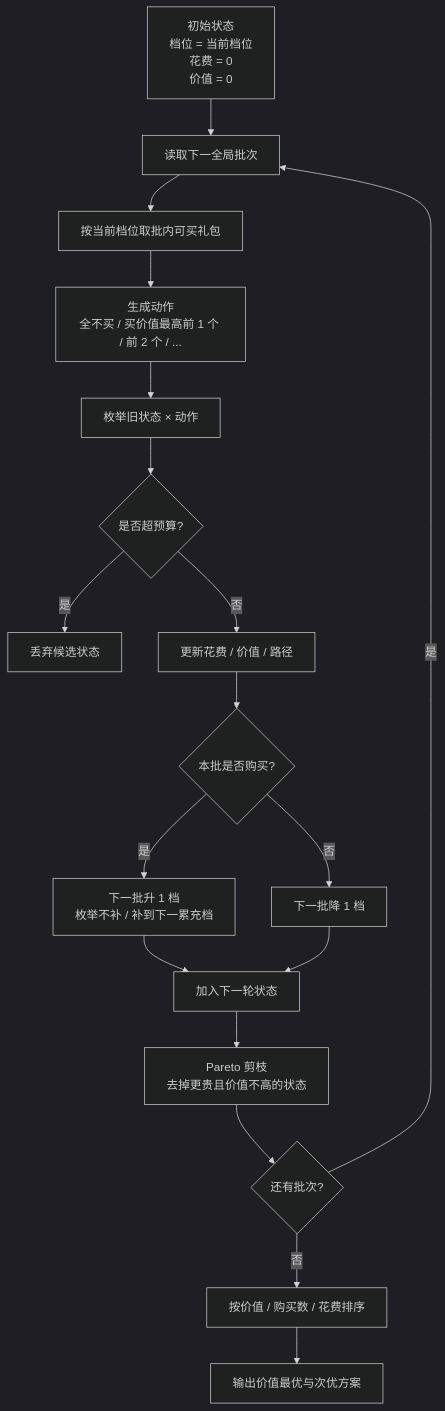
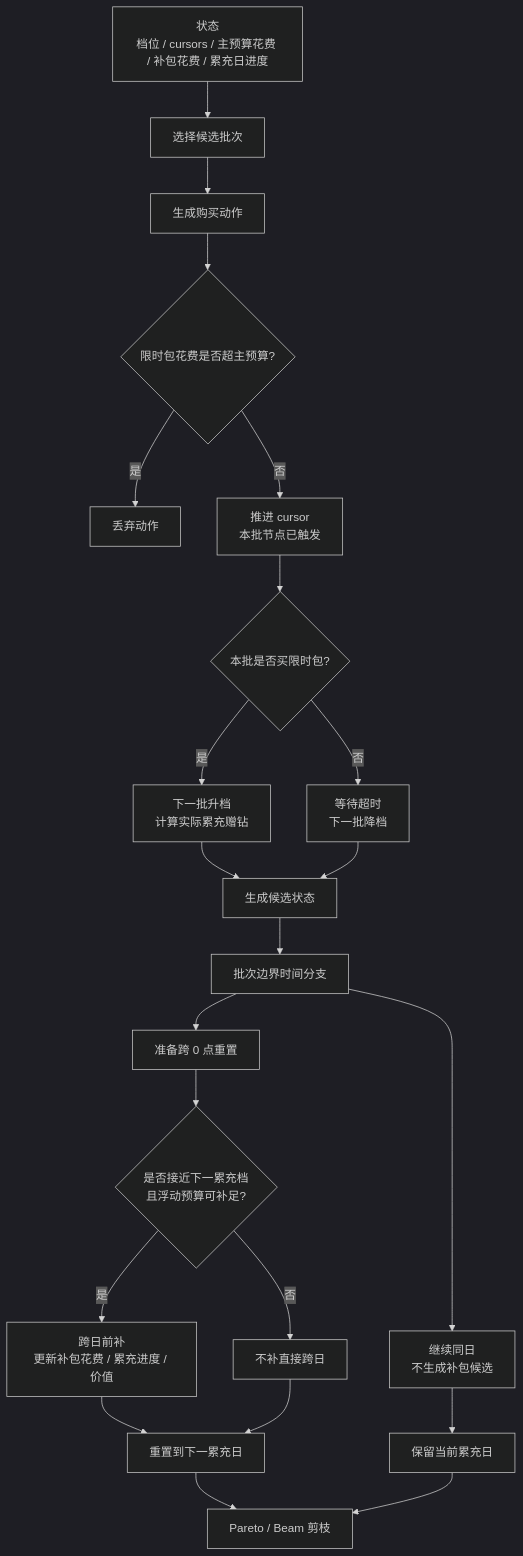
One commit to hitazuki/mementomori-calculator changed the third of 4 diagrams in doc/items/UltraSalePack/path-planning-visual.md. Above: the diagram before and after it, drawn with Mermaid (dark theme). The commit also changed other lines of this file and 8 other files, not shown here.

````diff
--- a/doc/items/UltraSalePack/path-planning-visual.md
+++ b/doc/items/UltraSalePack/path-planning-visual.md
@@ -40,20 +44,24 @@
 ```mermaid
 flowchart TD
-  A["初始状态<br/>档位 = 当前档位<br/>花费 = 0<br/>价值 = 0"] --> B["读取下一全局批次"]
-  B --> C["按当前档位取批内可买礼包"]
-  C --> D["生成动作<br/>全不买 / 买价值最高前 1 个 / 前 2 个 / ..."]
-  D --> E["枚举旧状态 × 动作"]
-  E --> F{"是否超预算?"}
-  F -- "是" --> G["丢弃候选状态"]
-  F -- "否" --> H["更新花费 / 价值 / 路径"]
-  H --> I{"本批是否购买?"}
-  I -- "是" --> J["下一批升 1 档<br/>枚举不补 / 补到下一累充档"]
-  I -- "否" --> K["下一批降 1 档"]
-  J --> L["加入下一轮状态"]
-  K --> L
-  L --> M["Pareto 剪枝<br/>去掉更贵且价值不高的状态"]
-  M --> N{"还有批次?"}
-  N -- "是" --> B
-  N -- "否" --> O["按价值 / 购买数 / 花费排序"]
-  O --> P["输出价值最优与次优方案"]
+  A["状态<br/>档位 / cursors / 主预算花费 / 补包花费 / 累充日进度"] --> B["选择候选批次"]
+  B --> C["生成购买动作"]
+  C --> D{"限时包花费是否超主预算?"}
+  D -- "是" --> E["丢弃动作"]
+  D -- "否" --> F["推进 cursor<br/>本批节点已触发"]
+  F --> G{"本批是否买限时包?"}
+  G -- "是" --> H["下一批升档<br/>计算实际累充赠钻"]
+  G -- "否" --> I["等待超时<br/>下一批降档"]
+  H --> K["生成候选状态"]
+  I --> K
+  K --> L["批次边界时间分支"]
+  L --> L1["继续同日<br/>不生成补包候选"]
+  L --> L2["准备跨 0 点重置"]
+  L2 --> J{"是否接近下一累充档<br/>且浮动预算可补足?"}
+  J -- "是" --> J1["跨日前补<br/>更新补包花费 / 累充进度 / 价值"]
+  J -- "否" --> J2["不补直接跨日"]
+  J1 --> M["重置到下一累充日"]
+  J2 --> M
+  L1 --> M2["保留当前累充日"]
+  M --> N["Pareto / Beam 剪枝"]
+  M2 --> N
 ```
````
